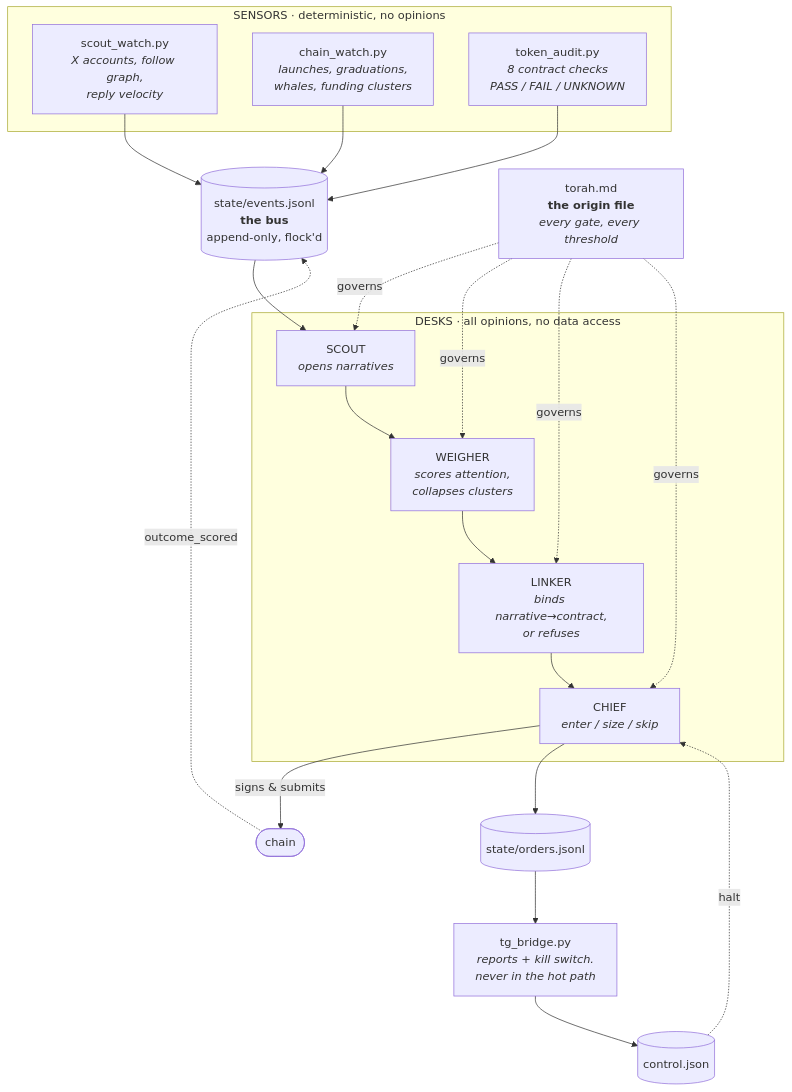
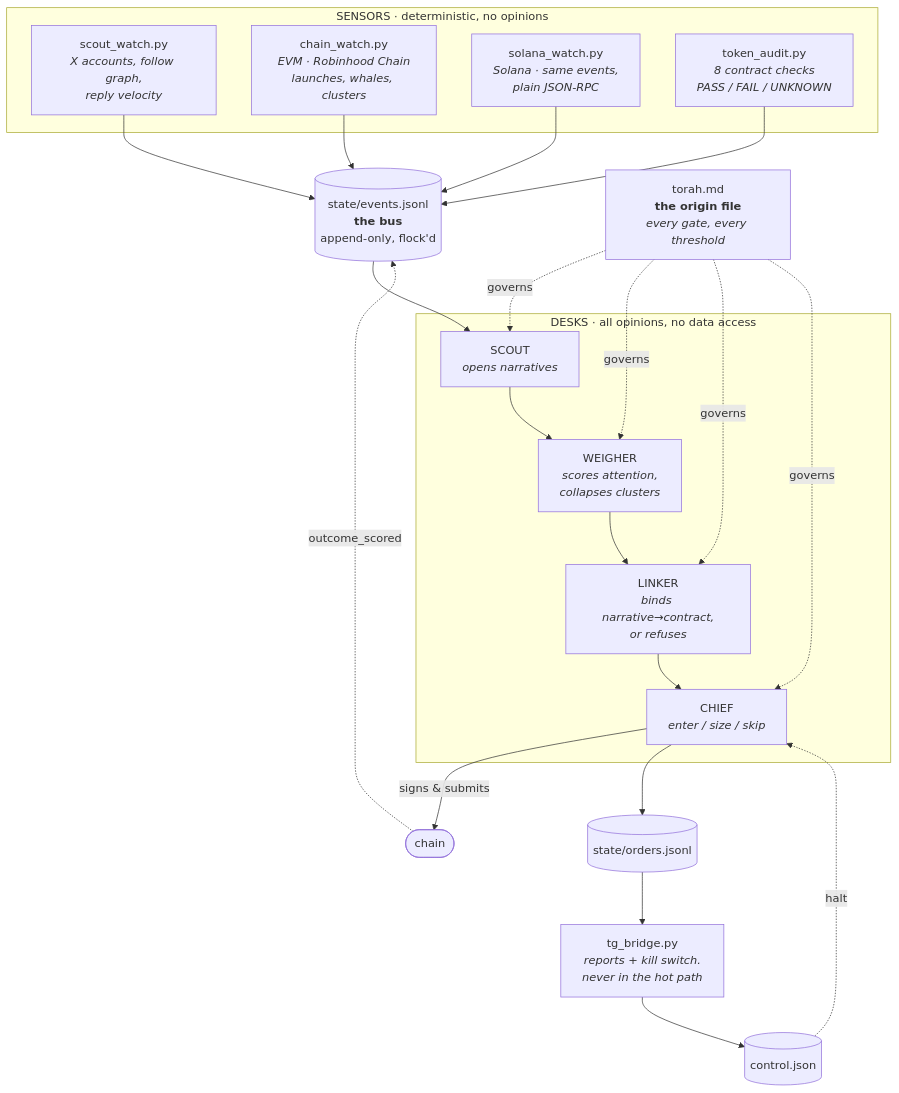
The first of 2 diagrams in README.md (0xFrogify/BLASTRA), drawn with Mermaid before and after one commit. The commit also changed other lines of this file and 13 other files, not shown here.

````diff
--- a/README.md
+++ b/README.md
@@ -65,37 +65,39 @@
 ```mermaid
 flowchart TB
     subgraph sensors["SENSORS · deterministic, no opinions"]
         SW["scout_watch.py<br/><i>X accounts, follow graph,<br/>reply velocity</i>"]
-        CW["chain_watch.py<br/><i>launches, graduations,<br/>whales, funding clusters</i>"]
+        CW["chain_watch.py<br/><i>EVM · Robinhood Chain<br/>launches, whales, clusters</i>"]
+        SOL["solana_watch.py<br/><i>Solana · same events,<br/>plain JSON-RPC</i>"]
         TA["token_audit.py<br/><i>8 contract checks<br/>PASS / FAIL / UNKNOWN</i>"]
     end
 
     BUS[("state/events.jsonl<br/><b>the bus</b><br/>append-only, flock'd")]
 
     subgraph desks["DESKS · all opinions, no data access"]
         SC["SCOUT<br/><i>opens narratives</i>"]
         WE["WEIGHER<br/><i>scores attention,<br/>collapses clusters</i>"]
         LI["LINKER<br/><i>binds narrative→contract,<br/>or refuses</i>"]
         CH["CHIEF<br/><i>enter / size / skip</i>"]
     end
 
     TORAH["torah.md<br/><b>the origin file</b><br/><i>every gate, every threshold</i>"]
     ORD[("state/orders.jsonl")]
     TG["tg_bridge.py<br/><i>reports + kill switch.<br/>never in the hot path</i>"]
     CTL[("control.json")]
     CHAIN(["chain"])
 
     SW --> BUS
     CW --> BUS
+    SOL --> BUS
     TA --> BUS
     BUS --> SC --> WE --> LI --> CH
     TORAH -.governs.-> SC
     TORAH -.governs.-> WE
     TORAH -.governs.-> LI
     TORAH -.governs.-> CH
     CH -->|signs & submits| CHAIN
     CH --> ORD --> TG
     TG --> CTL
     CTL -.->|halt| CH
     CHAIN -.outcome_scored.-> BUS
 ```
````
